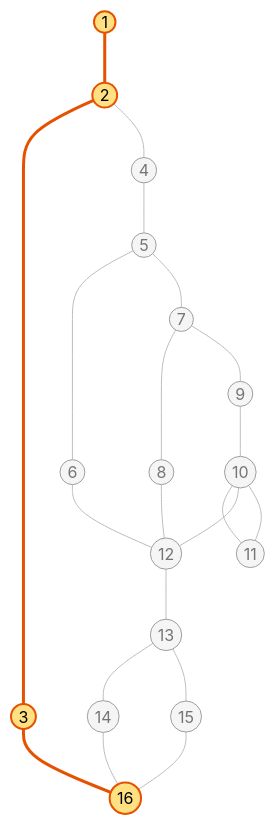
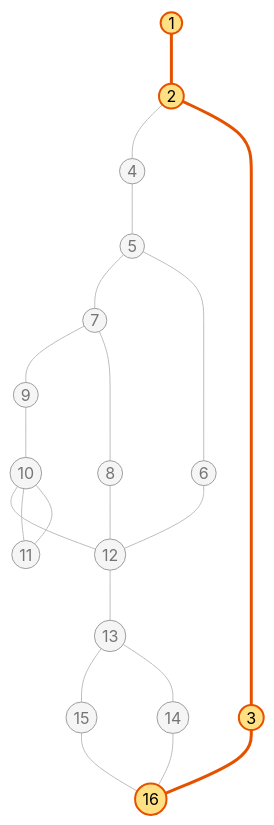
One commit to bloedige/itdb_ctf changed the fourth of 7 diagrams in tests/docs/caja_blanca_03_puntaje_total_usuario.md. Above: the diagram before and after it, drawn with Mermaid. The commit also changed other lines of this file and 47 other files, not shown here.

````diff
--- a/tests/docs/caja_blanca_03_puntaje_total_usuario.md
+++ b/tests/docs/caja_blanca_03_puntaje_total_usuario.md
@@ -188,28 +220,28 @@
 ```mermaid
 graph TD
     n1((1)) --- n2((2))
-    n2 --- n3((3))
-    n3 --- n16((16))
     n2 --- n4((4))
     n4 --- n5((5))
-    n5 --- n6((6))
-    n6 --- n12((12))
     n5 --- n7((7))
+    n7 --- n9((9))
+    n9 --- n10((10))
+    n10 --- n12((12))
+    n12 --- n13((13))
+    n13 --- n15((15))
+    n15 --- n16((16))
+    n13 --- n14((14))
+    n14 --- n16
+    n10 --- n11((11))
+    n11 --- n10
     n7 --- n8((8))
     n8 --- n12
-    n7 --- n9((9))
-    n9 --- n10((10))
-    n10 --- n11((11))
-    n11 --- n10
-    n10 --- n12
-    n12 --- n13((13))
-    n13 --- n14((14))
-    n14 --- n16
-    n13 --- n15((15))
-    n15 --- n16
+    n5 --- n6((6))
+    n6 --- n12
+    n2 --- n3((3))
+    n3 --- n16
     classDef default fill:#f5f5f5,stroke:#9e9e9e,color:#757575
     classDef camino fill:#ffe082,stroke:#e65100,stroke-width:2px,color:#000
     class n1,n2,n3,n16 camino
     linkStyle default stroke:#bdbdbd,stroke-width:1px
-    linkStyle 0,1,2 stroke:#e65100,stroke-width:3px
+    linkStyle 0,18,19 stroke:#e65100,stroke-width:3px
 ```
````
